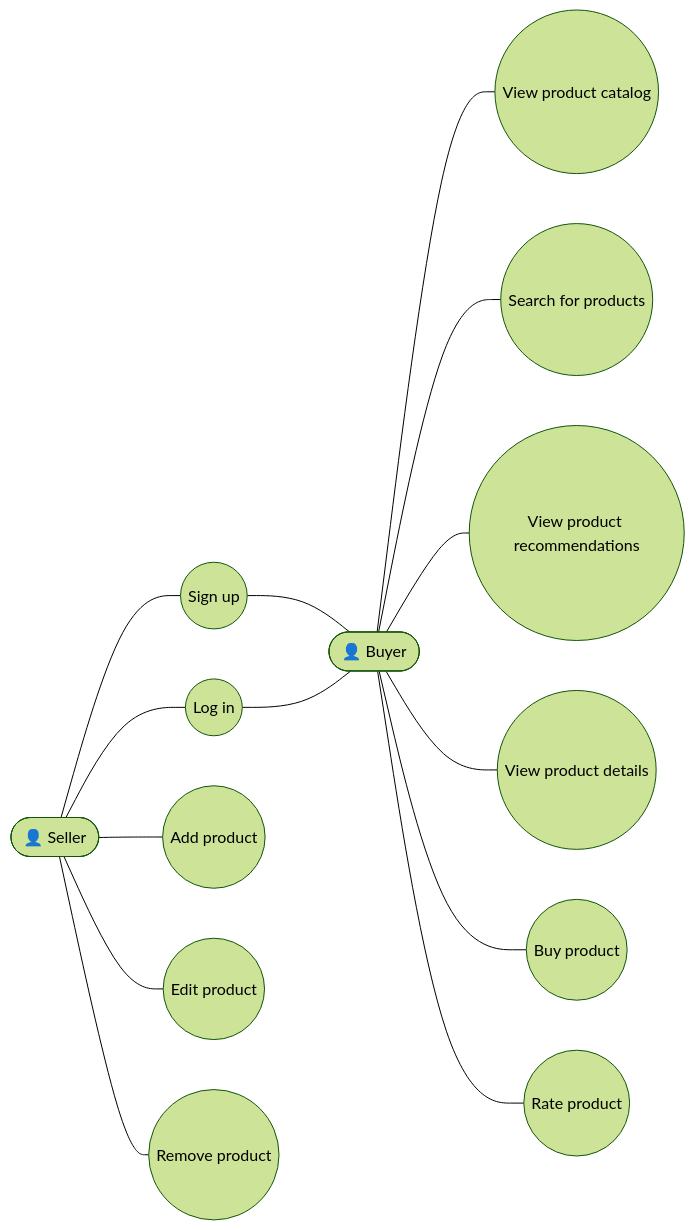
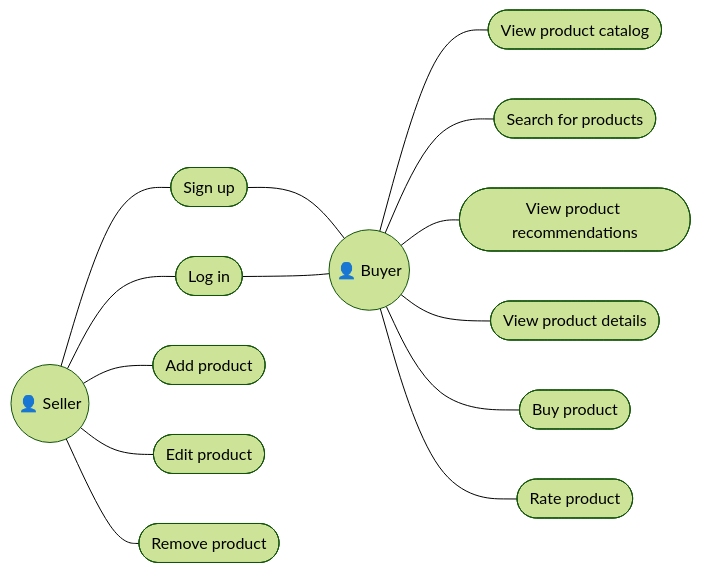
The third of 3 diagrams in latency-aficionados/README.md (rafaritter44/architecture-katas), drawn with Mermaid (forest theme) before and after one commit.

Commit message:
Change diagram shapes

````diff
--- a/latency-aficionados/README.md
+++ b/latency-aficionados/README.md
@@ -119,22 +119,22 @@
 ```mermaid
 flowchart LR
-  s([👤 Seller])
-  b([👤 Buyer])
+  s((👤 Seller))
+  b((👤 Buyer))
 
-  su((Sign up))
-  li((Log in))
+  su([Sign up])
+  li([Log in])
 
   s --- su --- b
   s --- li --- b
 
-  s --- ap((Add product))
-  s --- ep((Edit product))
-  s --- rp((Remove product))
+  s --- ap([Add product])
+  s --- ep([Edit product])
+  s --- rp([Remove product])
 
-  b --- vpc((View product catalog))
-  b --- sfp((Search for products))
-  b --- vpr((View product recommendations))
-  b --- vpd((View product details))
-  b --- bp((Buy product))
-  b --- rp2((Rate product))
+  b --- vpc([View product catalog])
+  b --- sfp([Search for products])
+  b --- vpr([View product recommendations])
+  b --- vpd([View product details])
+  b --- bp([Buy product])
+  b --- rp2([Rate product])
 ```
````
